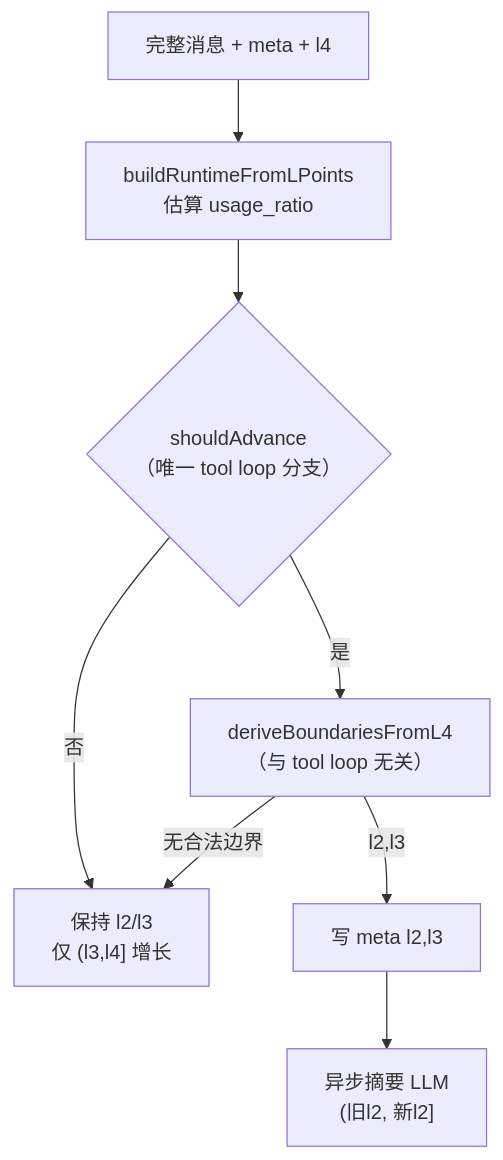
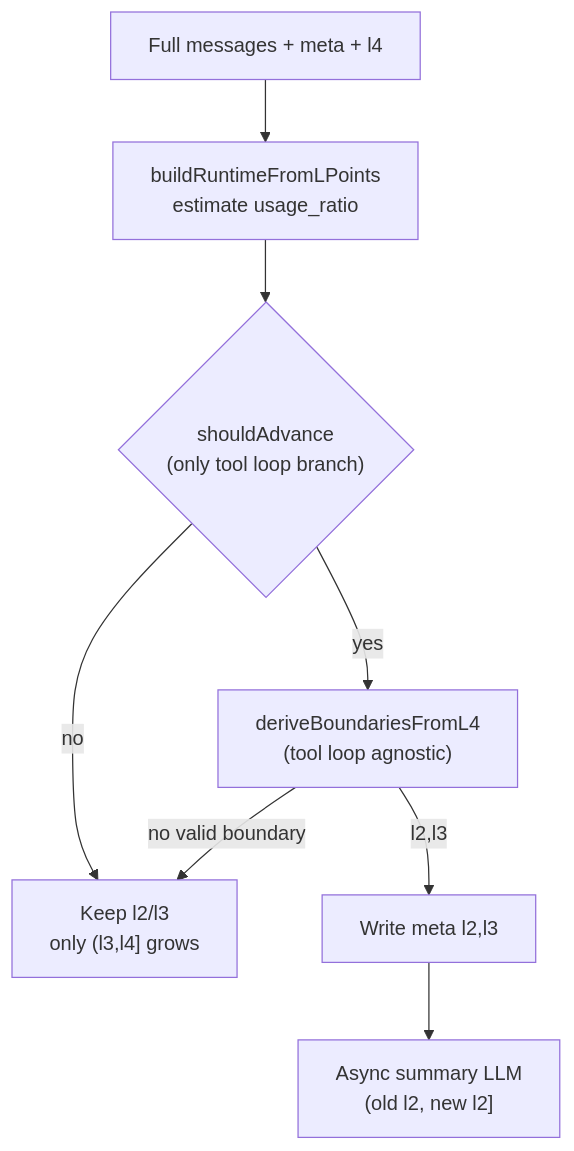
Before and after one commit to freeanima-org/freeanima: the fourth of 10 diagrams in docs/compression.md, drawn with Mermaid. The commit also changed other lines of this file and 114 other files, not shown here.

````diff
--- a/docs/compression.md
+++ b/docs/compression.md
@@ -160,11 +160,11 @@
 ```mermaid
 flowchart TD
-  in["完整消息 + meta + l4"]
-  in --> view["buildRuntimeFromLPoints<br/>估算 usage_ratio"]
-  view --> adv{"shouldAdvance<br/>（唯一 tool loop 分支）"}
-  adv -->|否| frozen["保持 l2/l3<br/>仅 (l3,l4] 增长"]
-  adv -->|是| derive["deriveBoundariesFromL4<br/>（与 tool loop 无关）"]
-  derive -->|无合法边界| frozen
-  derive -->|l2,l3| meta["写 meta l2,l3"]
-  meta --> sum["异步摘要 LLM<br/>(旧l2, 新l2]"]
+  in["Full messages + meta + l4"]
+  in --> view["buildRuntimeFromLPoints<br/>estimate usage_ratio"]
+  view --> adv{"shouldAdvance<br/>(only tool loop branch)"}
+  adv -->|no| frozen["Keep l2/l3<br/>only (l3,l4] grows"]
+  adv -->|yes| derive["deriveBoundariesFromL4<br/>(tool loop agnostic)"]
+  derive -->|no valid boundary| frozen
+  derive -->|l2,l3| meta["Write meta l2,l3"]
+  meta --> sum["Async summary LLM<br/>(old l2, new l2]"]
 ```
````
